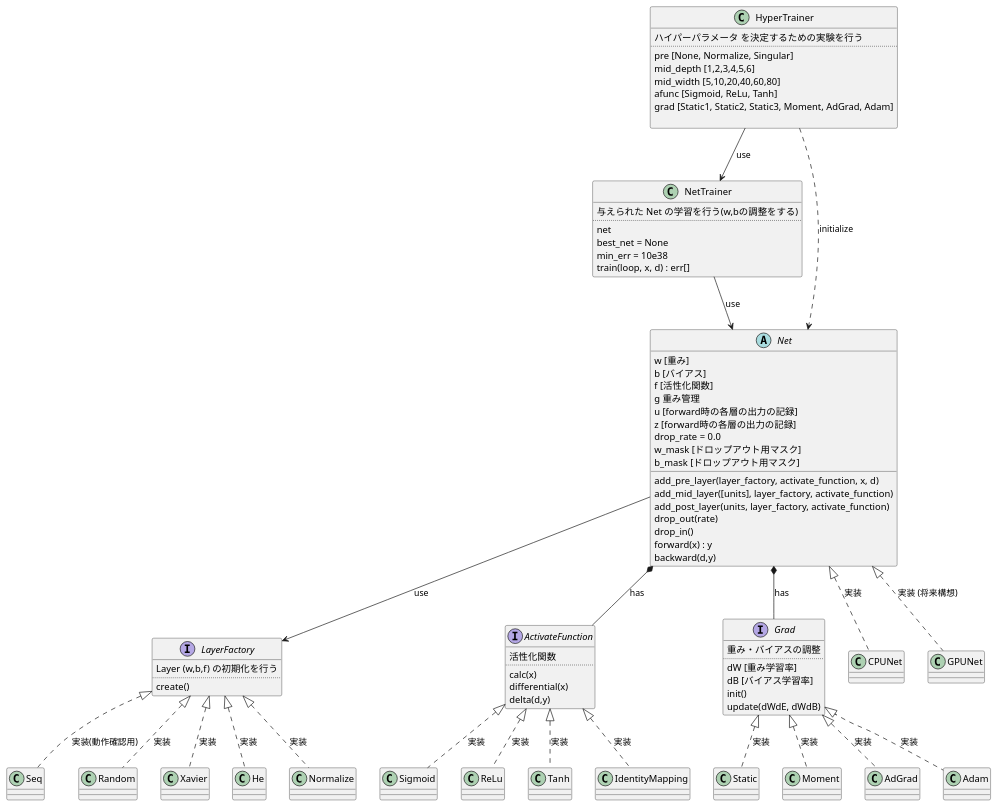
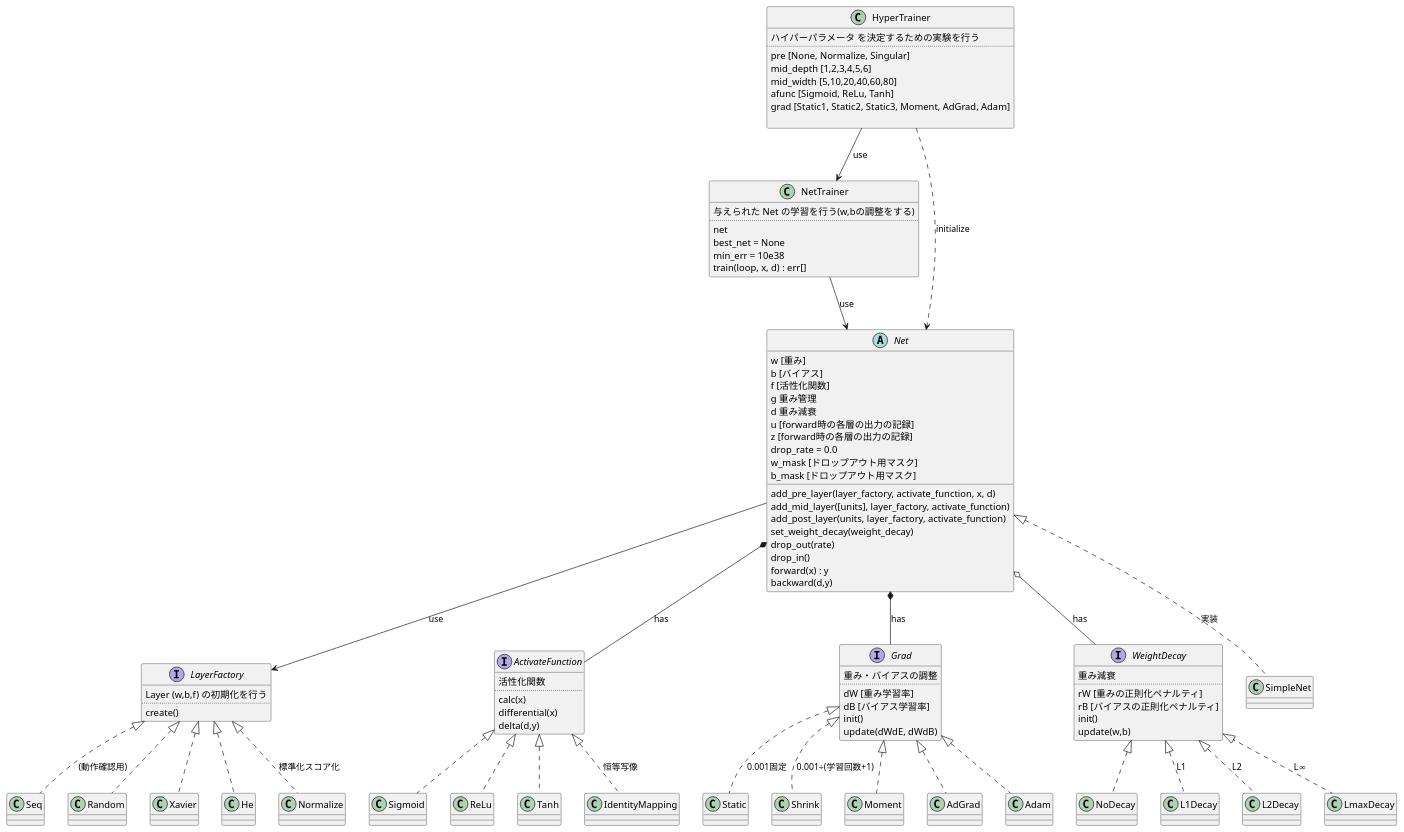
One commit to kagyuu/ai-chan changed the diagram in docs/class.puml. Above: the diagram before and after it, drawn with PlantUML. The commit also changed 1 other file, not shown here.

```diff
--- a/docs/class.puml
+++ b/docs/class.puml
@@ -1,92 +1,110 @@
 @startuml
 
 class HyperTrainer {
   ハイパーパラメータ を決定するための実験を行う
   ..
   pre [None, Normalize, Singular]
   mid_depth [1,2,3,4,5,6]
   mid_width [5,10,20,40,60,80]
   afunc [Sigmoid, ReLu, Tanh]
   grad [Static1, Static2, Static3, Moment, AdGrad, Adam]
 
 }
 
 class NetTrainer {
   与えられた Net の学習を行う(w,bの調整をする)
   ..
   net
   best_net = None
   min_err = 10e38
   train(loop, x, d) : err[]
 }
 
 abstract class Net {
 w [重み]
 b [バイアス]
 f [活性化関数]
 g 重み管理
+d 重み減衰
 u [forward時の各層の出力の記録]
 z [forward時の各層の出力の記録]
 drop_rate = 0.0
 w_mask [ドロップアウト用マスク]
 b_mask [ドロップアウト用マスク]
 add_pre_layer(layer_factory, activate_function, x, d)
 add_mid_layer([units], layer_factory, activate_function)
 add_post_layer(units, layer_factory, activate_function)
+set_weight_decay(weight_decay)
 drop_out(rate)
 drop_in()
 forward(x) : y
 backward(d,y)
 }
 
 interface LayerFactory {
 Layer (w,b,f) の初期化を行う
 ..
 create()
 }
 
 interface ActivateFunction{
 活性化関数
 ..
 calc(x)
 differential(x)
 delta(d,y)
 }
 
 interface Grad {
 重み・バイアスの調整
 ..
 dW [重み学習率]
 dB [バイアス学習率]
 init()
 update(dWdE, dWdB)
 }
 
+interface WeightDecay {
+重み減衰
+..
+rW [重みの正則化ペナルティ]
+rB [バイアスの正則化ペナルティ]
+init()
+update(w,b)
+}
+
 HyperTrainer --> NetTrainer :use
 HyperTrainer ..> Net : initialize
 NetTrainer --> Net : use
 
 Net *-- ActivateFunction : has
 Net *-- Grad : has
+Net o-- WeightDecay : has
 Net --> LayerFactory : use
 
-Net <|.. CPUNet : 実装
-Net <|.. GPUNet : 実装 (将来構想)
+Net <|.. SimpleNet : 実装
 
-ActivateFunction <|.. Sigmoid : 実装
-ActivateFunction <|.. ReLu : 実装
-ActivateFunction <|.. Tanh : 実装
-ActivateFunction <|.. IdentityMapping : 実装
+ActivateFunction <|.. Sigmoid
+ActivateFunction <|.. ReLu
+ActivateFunction <|.. Tanh
+ActivateFunction <|.. IdentityMapping : 恒等写像
 
-LayerFactory <|.. Seq : 実装(動作確認用)
-LayerFactory <|.. Random : 実装
-LayerFactory <|.. Xavier : 実装
-LayerFactory <|.. He : 実装
-LayerFactory <|.. Normalize : 実装
+LayerFactory <|.. Seq : (動作確認用)
+LayerFactory <|.. Random
+LayerFactory <|.. Xavier
+LayerFactory <|.. He
+LayerFactory <|.. Normalize : 標準化スコア化
 
-Grad <|.. Static : 実装
-Grad <|.. Moment : 実装
-Grad <|.. AdGrad : 実装
-Grad <|.. Adam : 実装
+Grad <|.. Static : 0.001固定
+Grad <|.. Shrink : 0.001÷(学習回数+1)
+Grad <|.. Moment
+Grad <|.. AdGrad
+Grad <|.. Adam
+
+WeightDecay <|.. NoDecay
+WeightDecay <|.. L1Decay : L1
+WeightDecay <|.. L2Decay : L2
+WeightDecay <|.. LmaxDecay : L∞
+
 
 @enduml
```
